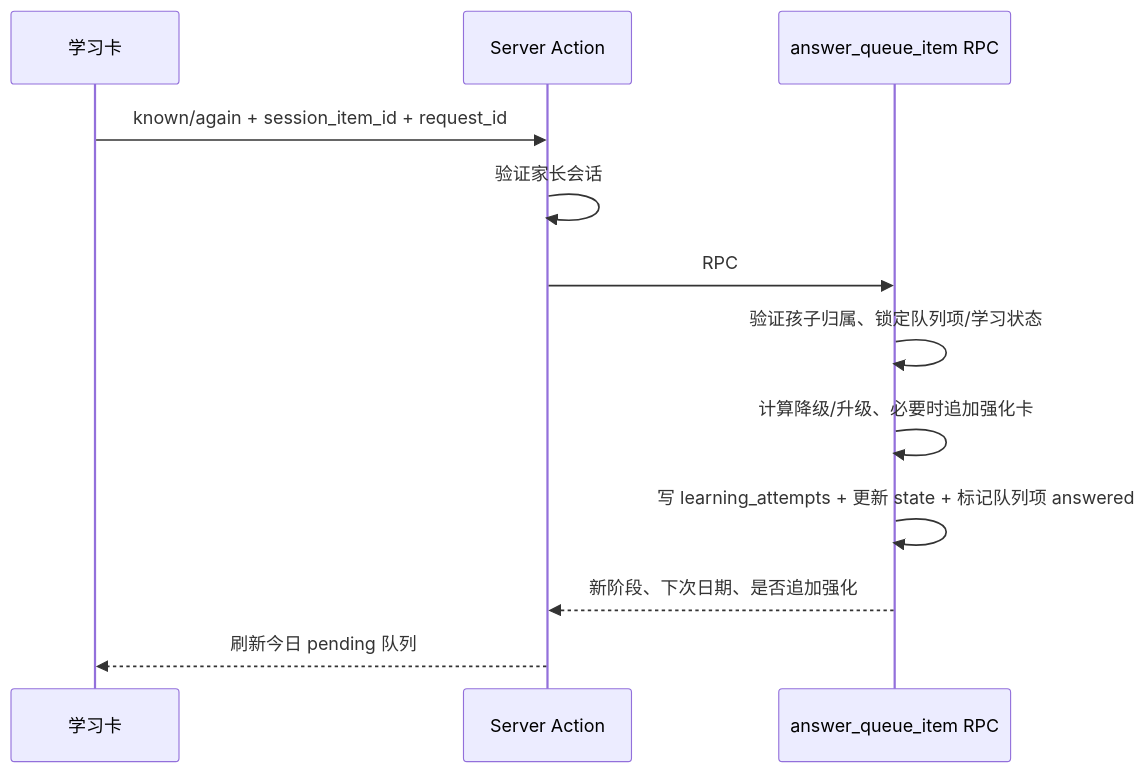
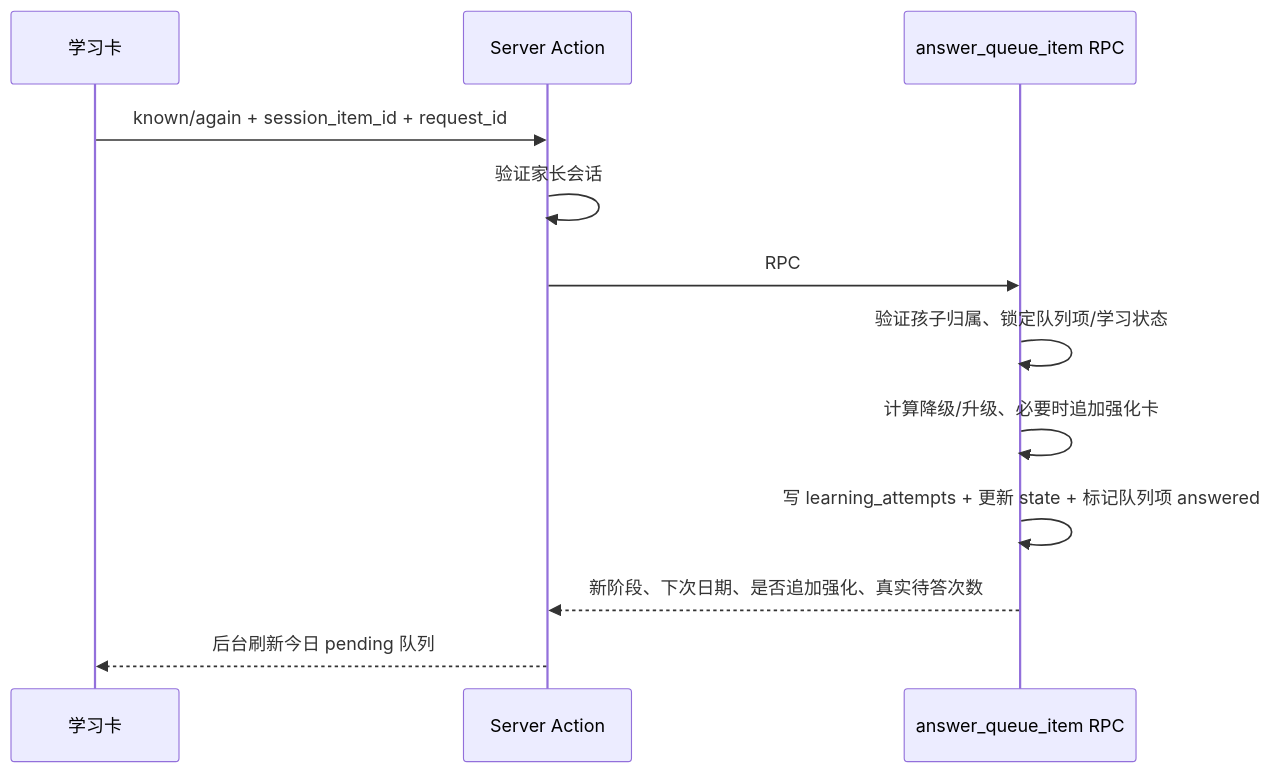
One commit to FisherUp11/Fisher_Learning_System changed the third of 3 diagrams in ARCHITECTURE.md. Above: the diagram before and after it, drawn with Mermaid. The commit also changed other lines of this file and 15 other files, not shown here.

````diff
--- a/ARCHITECTURE.md
+++ b/ARCHITECTURE.md
@@ -102,14 +104,14 @@
 ```mermaid
 sequenceDiagram
   participant K as 学习卡
   participant A as Server Action
   participant DB as answer_queue_item RPC
   K->>A: known/again + session_item_id + request_id
   A->>A: 验证家长会话
   A->>DB: RPC
   DB->>DB: 验证孩子归属、锁定队列项/学习状态
   DB->>DB: 计算降级/升级、必要时追加强化卡
   DB->>DB: 写 learning_attempts + 更新 state + 标记队列项 answered
-  DB-->>A: 新阶段、下次日期、是否追加强化
-  A-->>K: 刷新今日 pending 队列
+  DB-->>A: 新阶段、下次日期、是否追加强化、真实待答次数
+  A-->>K: 后台刷新今日 pending 队列
 ```
````
